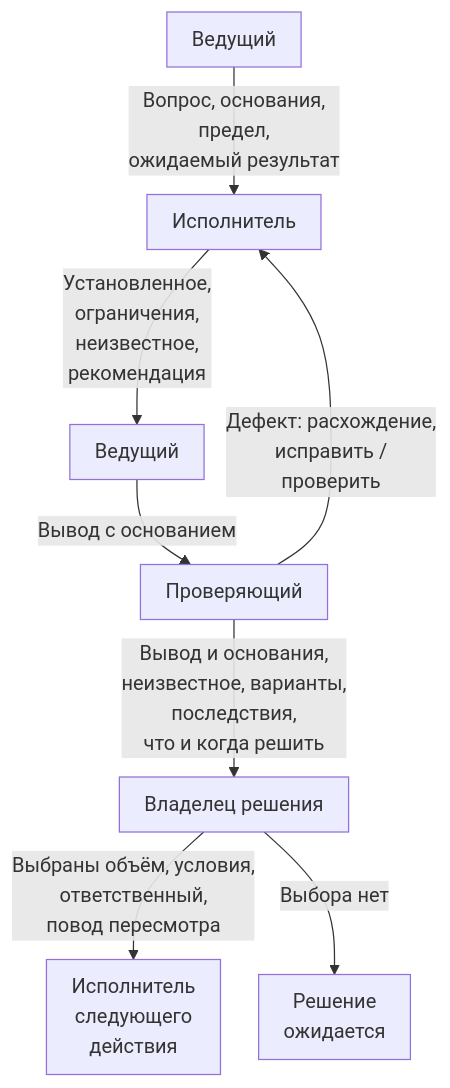
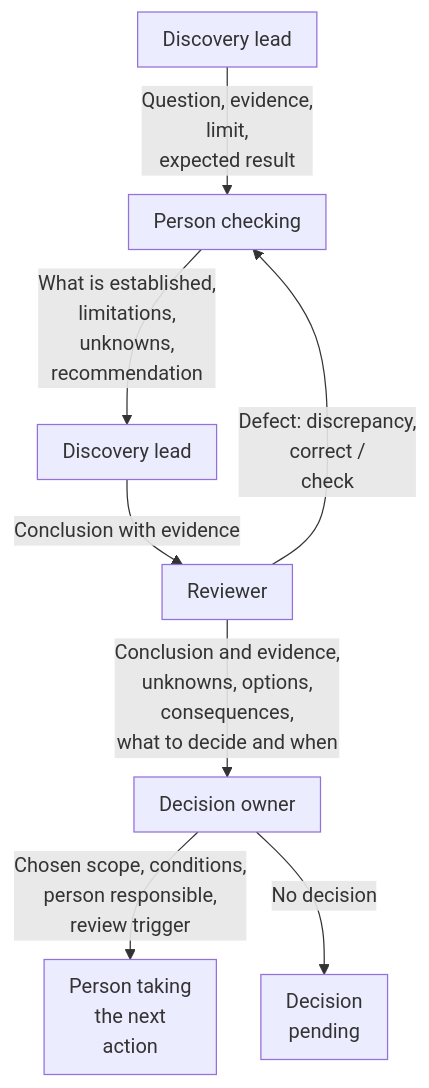
Before and after one commit to furytale/discovery-playbook: the first of 2 diagrams in patterns/outsourcing-presales.md, drawn with Mermaid. The commit also changed other lines of this file and 5 other files, not shown here.

````diff
--- a/patterns/outsourcing-presales.md
+++ b/patterns/outsourcing-presales.md
@@ -49,19 +49,19 @@
 ```mermaid
 ---
 config:
   flowchart:
     nodeSpacing: 15
     rankSpacing: 30
     padding: 10
 ---
 flowchart TD
-    accTitle: Передача вопроса, результата и решения
-    accDescr: Условный маршрут между функциями. Ведущий передаёт исполнителю вопрос, основания, предел и ожидаемый результат. Исполнитель возвращает установленное, ограничения, неизвестное и рекомендацию. Вывод с основанием поступает проверяющему; конкретный дефект возвращается исполнителю. Владелец выбирает действие либо решение ожидается. Ожидание не разрешает зависимую реализацию.
-    L[Ведущий] -->|Вопрос, основания,<br/>предел,<br/>ожидаемый результат| E[Исполнитель]
-    E -->|Установленное,<br/>ограничения,<br/>неизвестное,<br/>рекомендация| C[Ведущий]
-    C -->|Вывод с основанием| V[Проверяющий]
-    V -->|Дефект: расхождение,<br/>исправить /<br/>проверить| E
-    V -->|Вывод и основания,<br/>неизвестное, варианты,<br/>последствия,<br/>что и когда решить| O[Владелец решения]
-    O -->|Выбраны объём, условия,<br/>ответственный,<br/>повод пересмотра| N[Исполнитель<br/>следующего<br/>действия]
-    O -->|Выбора нет| W[Решение<br/>ожидается]
+    accTitle: Handing over the question, result, and decision
+    accDescr: An illustrative route between functions. The discovery lead passes the question, evidence, limit, and expected result to the person carrying out the check. That person returns what is established, limitations, unknowns, and a recommendation. The conclusion and its evidence go to the reviewer, and a specific defect returns to the person carrying out the check. The decision owner chooses an action, or the decision remains pending. Waiting does not authorize dependent implementation.
+    L[Discovery lead] -->|Question, evidence,<br/>limit,<br/>expected result| E[Person checking]
+    E -->|What is established,<br/>limitations,<br/>unknowns,<br/>recommendation| C[Discovery lead]
+    C -->|Conclusion with evidence| V[Reviewer]
+    V -->|Defect: discrepancy,<br/>correct /<br/>check| E
+    V -->|Conclusion and evidence,<br/>unknowns, options,<br/>consequences,<br/>what to decide and when| O[Decision owner]
+    O -->|Chosen scope, conditions,<br/>person responsible,<br/>review trigger| N[Person taking<br/>the next<br/>action]
+    O -->|No decision| W[Decision<br/>pending]
 ```
````
